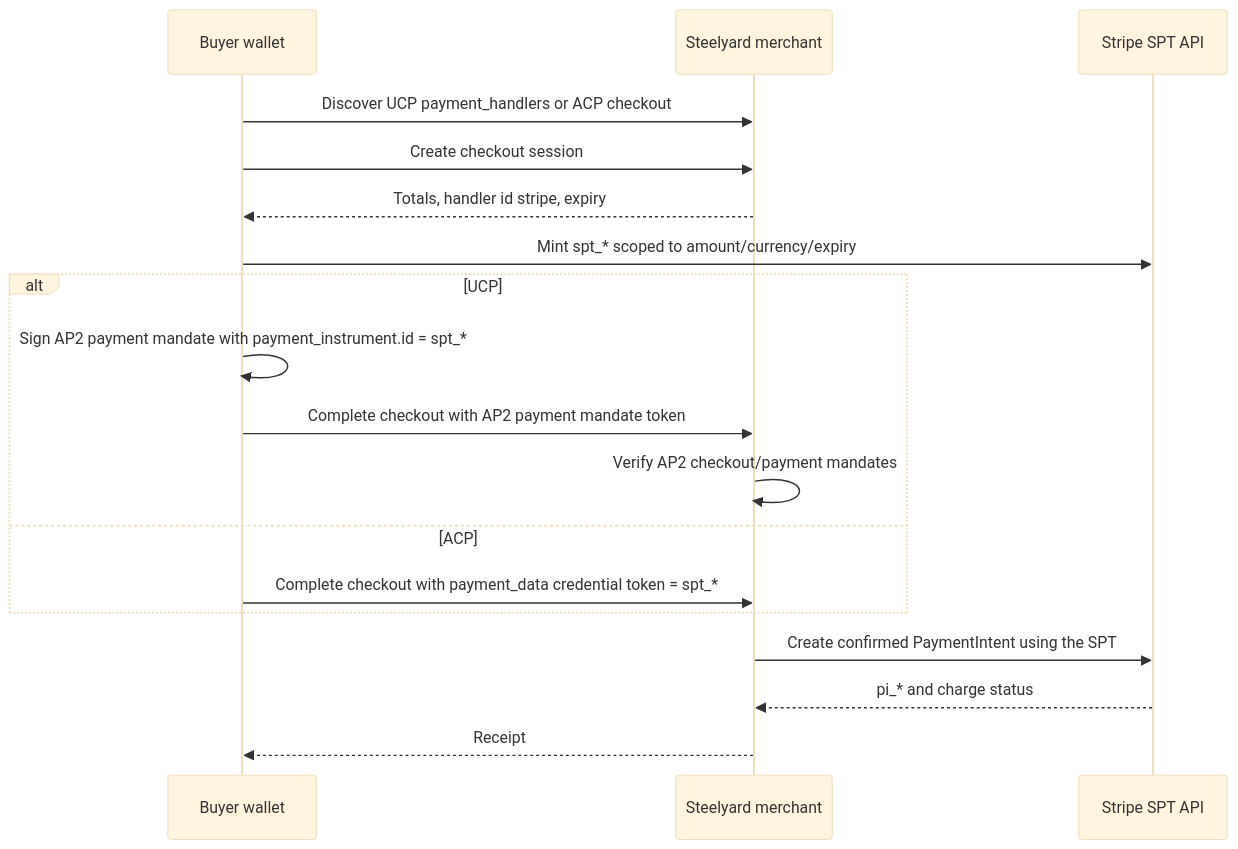
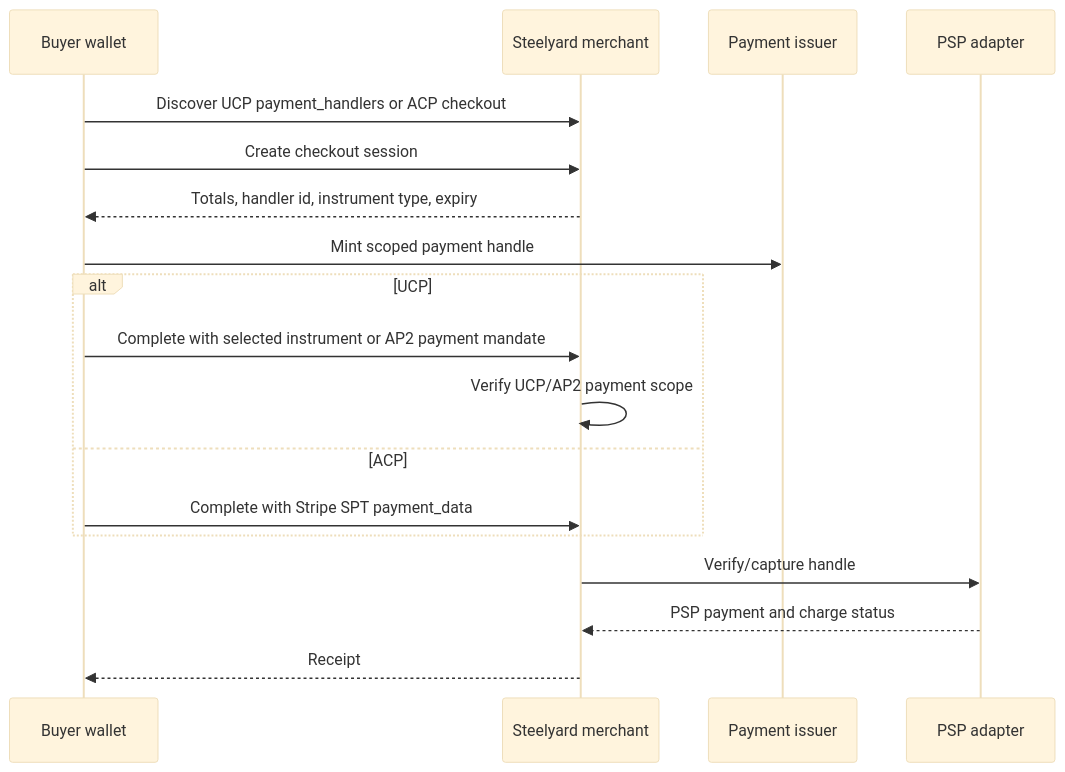
Before and after one commit to steelyard-dev/steelyard-sdk: the diagram in docs/concepts/agentic-payment.md, drawn with Mermaid (base theme). The commit also changed other lines of this file and 15 other files, not shown here.

First line of the commit message:
feat(examples,docs): v0.7 dual-adapter UCP proof + release docs

````diff
--- a/docs/concepts/agentic-payment.md
+++ b/docs/concepts/agentic-payment.md
@@ -19,21 +22,21 @@
 ```mermaid
 sequenceDiagram
   participant Buyer as Buyer wallet
   participant Merchant as Steelyard merchant
-  participant Stripe as Stripe SPT API
+  participant Issuer as Payment issuer
+  participant PSP as PSP adapter
 
   Buyer->>Merchant: Discover UCP payment_handlers or ACP checkout
   Buyer->>Merchant: Create checkout session
-  Merchant-->>Buyer: Totals, handler id stripe, expiry
-  Buyer->>Stripe: Mint spt_* scoped to amount/currency/expiry
+  Merchant-->>Buyer: Totals, handler id, instrument type, expiry
+  Buyer->>Issuer: Mint scoped payment handle
   alt UCP
-    Buyer->>Buyer: Sign AP2 payment mandate with payment_instrument.id = spt_*
-    Buyer->>Merchant: Complete checkout with AP2 payment mandate token
-    Merchant->>Merchant: Verify AP2 checkout/payment mandates
+    Buyer->>Merchant: Complete with selected instrument or AP2 payment mandate
+    Merchant->>Merchant: Verify UCP/AP2 payment scope
   else ACP
-    Buyer->>Merchant: Complete checkout with payment_data credential token = spt_*
+    Buyer->>Merchant: Complete with Stripe SPT payment_data
   end
-  Merchant->>Stripe: Create confirmed PaymentIntent using the SPT
-  Stripe-->>Merchant: pi_* and charge status
+  Merchant->>PSP: Verify/capture handle
+  PSP-->>Merchant: PSP payment and charge status
   Merchant-->>Buyer: Receipt
 ```
````
